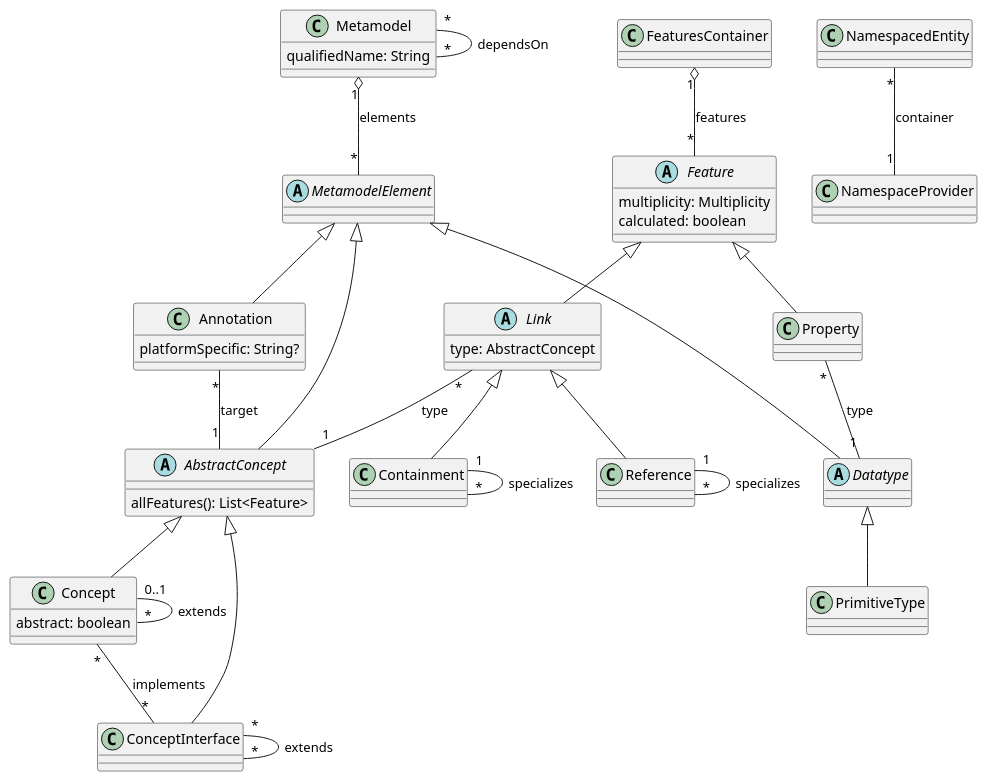
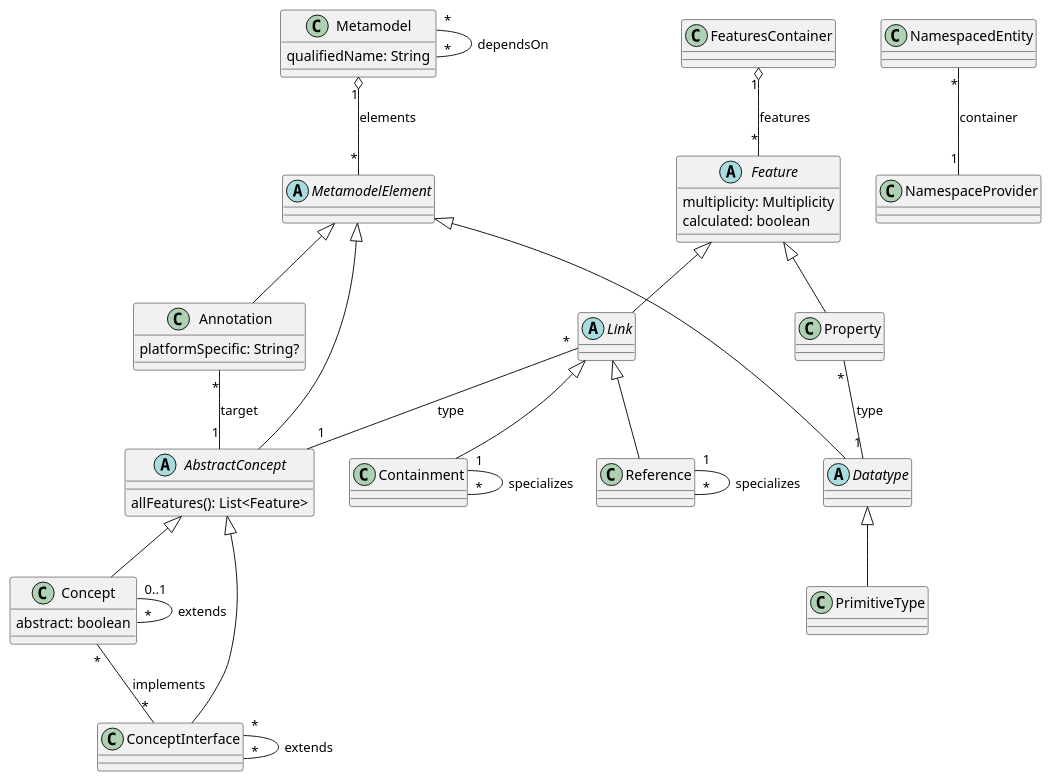
One commit to LionWeb-io/specification changed the diagram in lioncore/metametamodel_simplified.puml. Above: the diagram before and after it, drawn with PlantUML. The commit also changed 1 other file, not shown here.

Commit message:
removing Link.type field (it is a relation already)

```diff
--- a/lioncore/metametamodel_simplified.puml
+++ b/lioncore/metametamodel_simplified.puml
@@ -1,70 +1,69 @@
 @startuml
 
 ' classes
 
 class Metamodel  {
   qualifiedName: String
 }
 
 class Concept extends AbstractConcept {
   abstract: boolean
 }
 
 class ConceptInterface extends AbstractConcept
 
 class PrimitiveType extends Datatype
 
 class Annotation extends MetamodelElement  {
   platformSpecific: String?
 }
 
 class Containment extends Link
 
 class Reference extends Link
 
 class Property extends Feature
 
 ' Abstract classes
 
 abstract class MetamodelElement
 
 abstract class AbstractConcept extends MetamodelElement {
   allFeatures(): List<Feature>
 }
 
 abstract class Datatype extends MetamodelElement
 
 abstract class Feature {
   multiplicity: Multiplicity
   calculated: boolean
 }
 
 abstract class Link extends Feature {
-  type: AbstractConcept
 }
 
 ' Relations
 
 Metamodel "1" o-- "*" MetamodelElement: elements
 Metamodel "*" -- "*" Metamodel: dependsOn
 
 Concept "0..1" -- "*" Concept: extends
 Concept "*" -- "*" ConceptInterface: implements
 
 ConceptInterface "*" -- "*" ConceptInterface: extends
 
 Annotation "*" -- "1" AbstractConcept: target
 
 Containment "1" -- "*" Containment: specializes
 
 Reference "1" -- "*" Reference: specializes
 
 Property "*" -- "1" Datatype: type
 
 Link "*" -- "1" AbstractConcept: type
 
 NamespacedEntity "*" -- "1" NamespaceProvider: container
 
 FeaturesContainer "1" o-- "*" Feature: features
 
 @enduml
```
